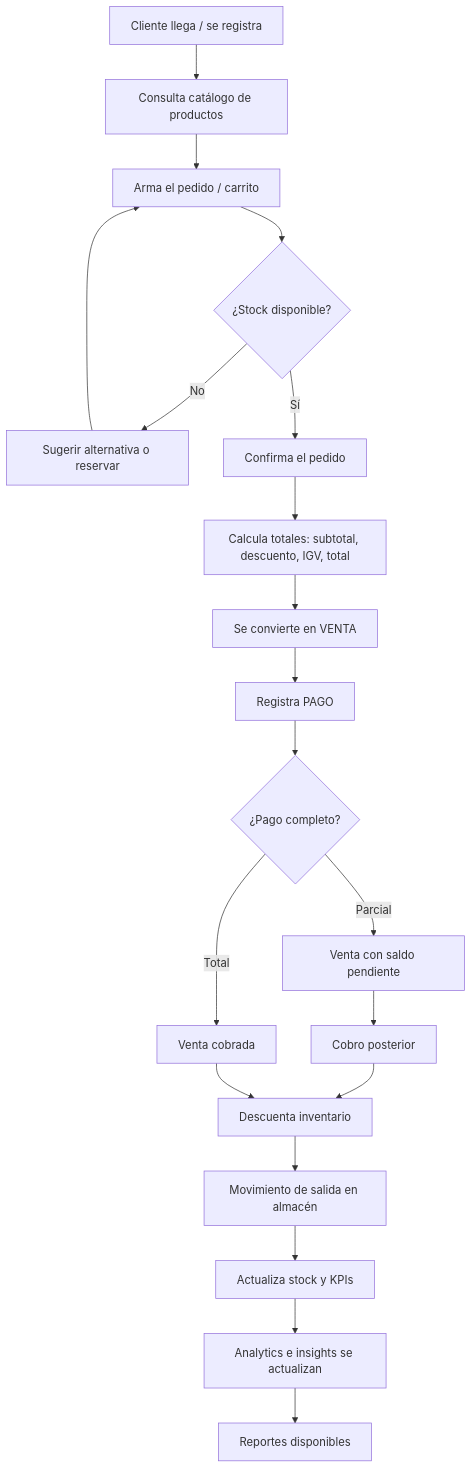
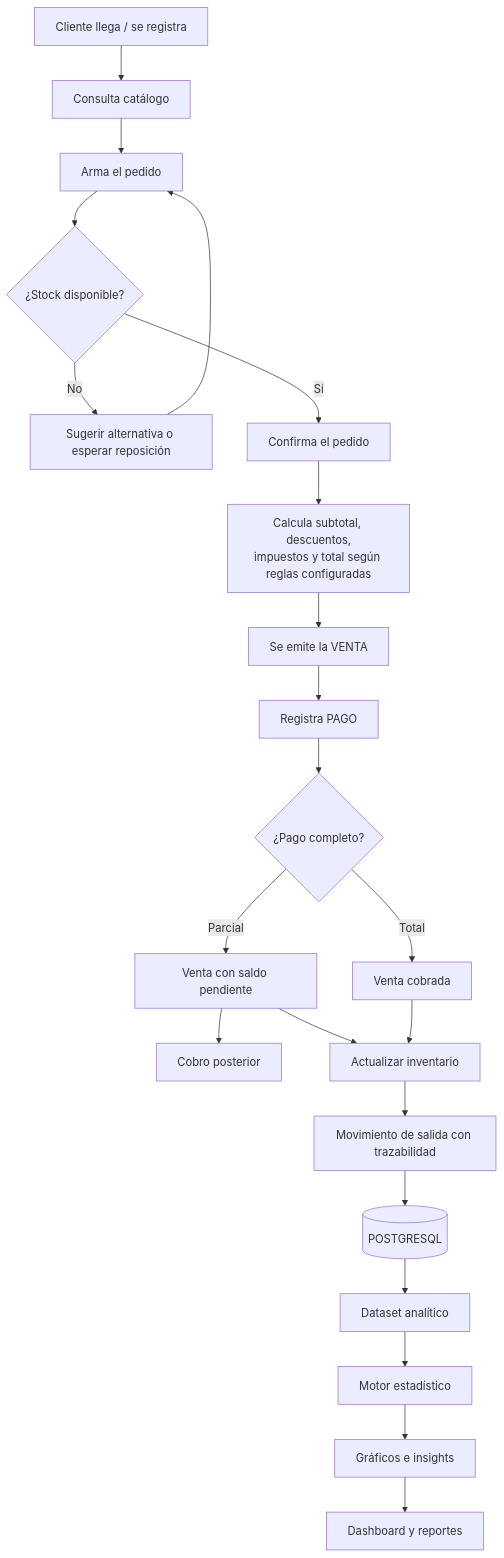
The second of 5 diagrams in docs/01_requisitos.md (Grupo-04-Senati/SALESIA-ENTERPRISE), drawn with Mermaid before and after one commit. The commit also changed other lines of this file, not shown here.

````diff
--- a/docs/01_requisitos.md
+++ b/docs/01_requisitos.md
@@ -138,20 +181,22 @@
 ```mermaid
 flowchart TD
-    A[Cliente llega / se registra] --> B[Consulta catálogo de productos]
-    B --> C[Arma el pedido / carrito]
+    A[Cliente llega / se registra] --> B[Consulta catálogo]
+    B --> C[Arma el pedido]
     C --> D{¿Stock disponible?}
-    D -- No --> C2[Sugerir alternativa o reservar] --> C
+    D -- No --> C2[Sugerir alternativa o esperar reposición] --> C
     D -- Sí --> E[Confirma el pedido]
-    E --> F[Calcula totales: subtotal, descuento, IGV, total]
-    F --> G[Se convierte en VENTA]
+    E --> F[Calcula subtotal, descuentos,<br/>impuestos y total según reglas configuradas]
+    F --> G[Se emite la VENTA]
     G --> H[Registra PAGO]
     H --> I{¿Pago completo?}
     I -- Parcial --> J[Venta con saldo pendiente] --> K[Cobro posterior]
     I -- Total --> K2[Venta cobrada]
-    K --> L[Descuenta inventario]
+    J --> L[Actualizar inventario]
     K2 --> L
-    L --> M[Movimiento de salida en almacén]
-    M --> N[Actualiza stock y KPIs]
-    N --> O[Analytics e insights se actualizan]
-    O --> P[Reportes disponibles]
+    L --> M[Movimiento de salida con trazabilidad]
+    M --> N[(POSTGRESQL)]
+    N --> O[Dataset analítico]
+    O --> P[Motor estadístico]
+    P --> Q[Gráficos e insights]
+    Q --> R[Dashboard y reportes]
 ```
````
